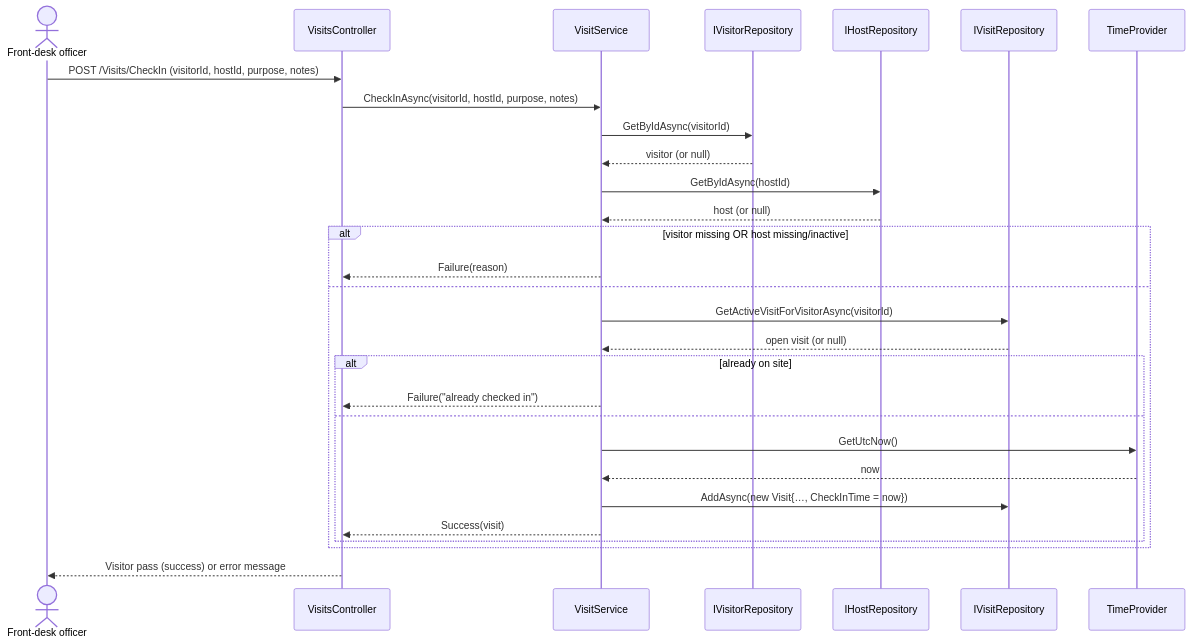
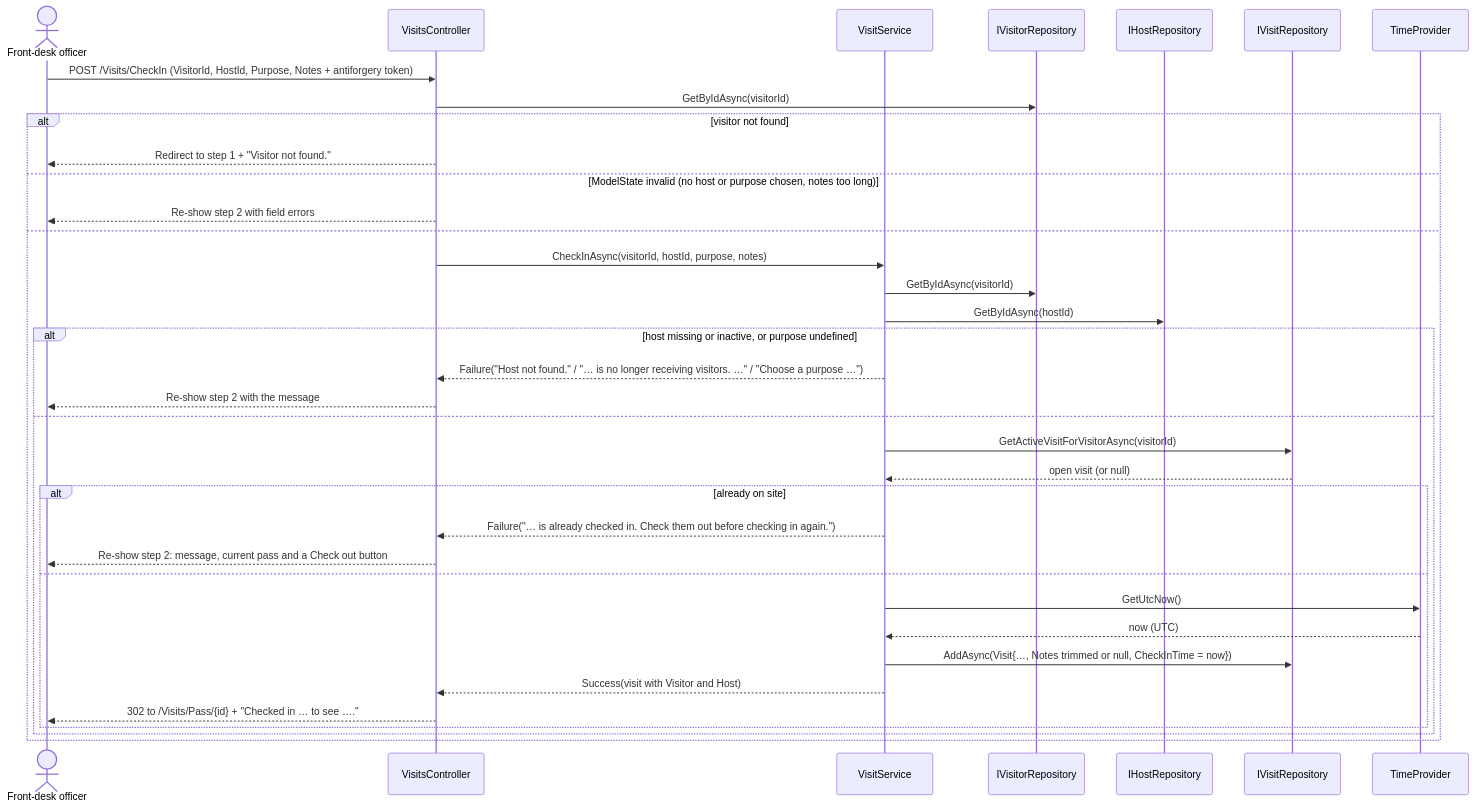
The sixth of 7 diagrams in docs/03-design.md (ceetek1/visma), drawn with Mermaid before and after one commit. The commit also changed other lines of this file, not shown here.

First line of the commit message:
docs(p3): final check-in sequence, visit-lifecycle activity and class diagrams

````diff
--- a/docs/03-design.md
+++ b/docs/03-design.md
@@ -316,32 +373,39 @@
 ```mermaid
 sequenceDiagram
     actor Officer as Front-desk officer
     participant C as VisitsController
     participant S as VisitService
     participant VR as IVisitorRepository
     participant HR as IHostRepository
     participant R as IVisitRepository
     participant T as TimeProvider
 
-    Officer->>C: POST /Visits/CheckIn (visitorId, hostId, purpose, notes)
-    C->>S: CheckInAsync(visitorId, hostId, purpose, notes)
-    S->>VR: GetByIdAsync(visitorId)
-    VR-->>S: visitor (or null)
-    S->>HR: GetByIdAsync(hostId)
-    HR-->>S: host (or null)
-    alt visitor missing OR host missing/inactive
-        S-->>C: Failure(reason)
+    Officer->>C: POST /Visits/CheckIn (VisitorId, HostId, Purpose, Notes + antiforgery token)
+    C->>VR: GetByIdAsync(visitorId)
+    alt visitor not found
+        C-->>Officer: Redirect to step 1 + "Visitor not found."
+    else ModelState invalid (no host or purpose chosen, notes too long)
+        C-->>Officer: Re-show step 2 with field errors
     else
-        S->>R: GetActiveVisitForVisitorAsync(visitorId)
-        R-->>S: open visit (or null)
-        alt already on site
-            S-->>C: Failure("already checked in")
+        C->>S: CheckInAsync(visitorId, hostId, purpose, notes)
+        S->>VR: GetByIdAsync(visitorId)
+        S->>HR: GetByIdAsync(hostId)
+        alt host missing or inactive, or purpose undefined
+            S-->>C: Failure("Host not found." / "… is no longer receiving visitors. …" / "Choose a purpose …")
+            C-->>Officer: Re-show step 2 with the message
         else
-            S->>T: GetUtcNow()
-            T-->>S: now
-            S->>R: AddAsync(new Visit{…, CheckInTime = now})
-            S-->>C: Success(visit)
+            S->>R: GetActiveVisitForVisitorAsync(visitorId)
+            R-->>S: open visit (or null)
+            alt already on site
+                S-->>C: Failure("… is already checked in. Check them out before checking in again.")
+                C-->>Officer: Re-show step 2: message, current pass and a Check out button
+            else
+                S->>T: GetUtcNow()
+                T-->>S: now (UTC)
+                S->>R: AddAsync(Visit{…, Notes trimmed or null, CheckInTime = now})
+                S-->>C: Success(visit with Visitor and Host)
+                C-->>Officer: 302 to /Visits/Pass/{id} + "Checked in … to see …."
+            end
         end
     end
-    C-->>Officer: Visitor pass (success) or error message
 ```
````
